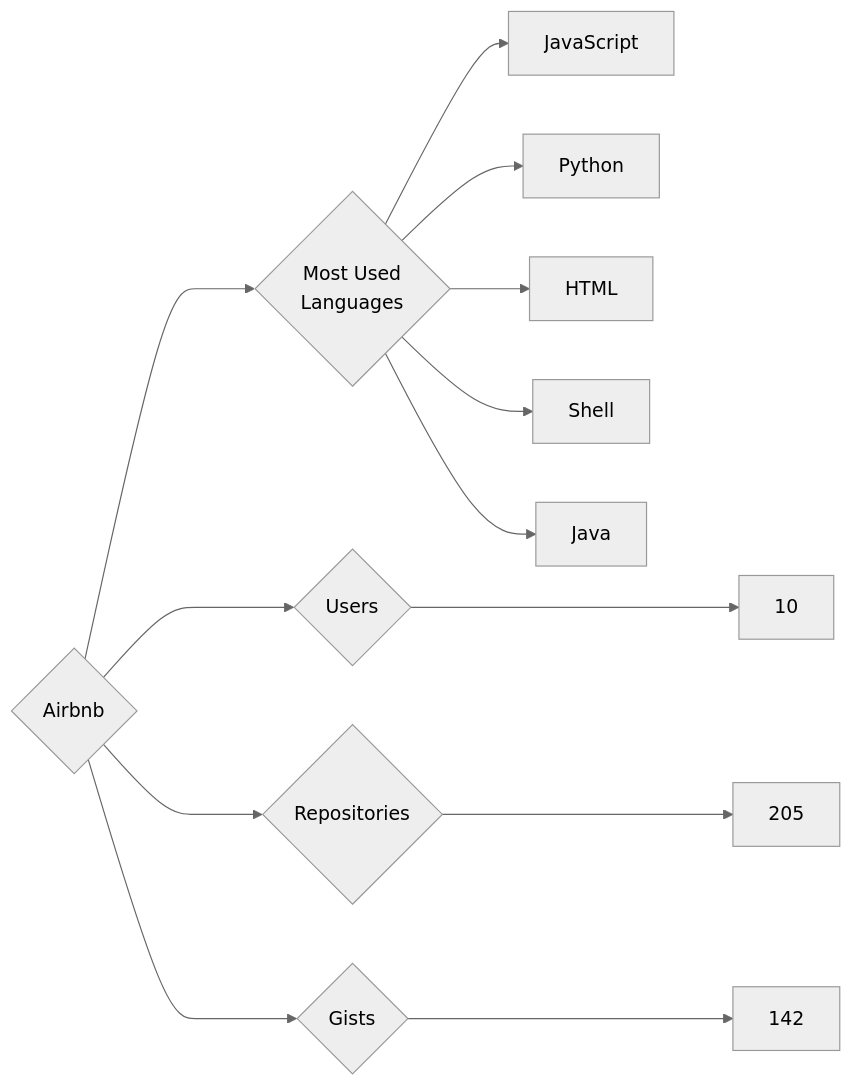
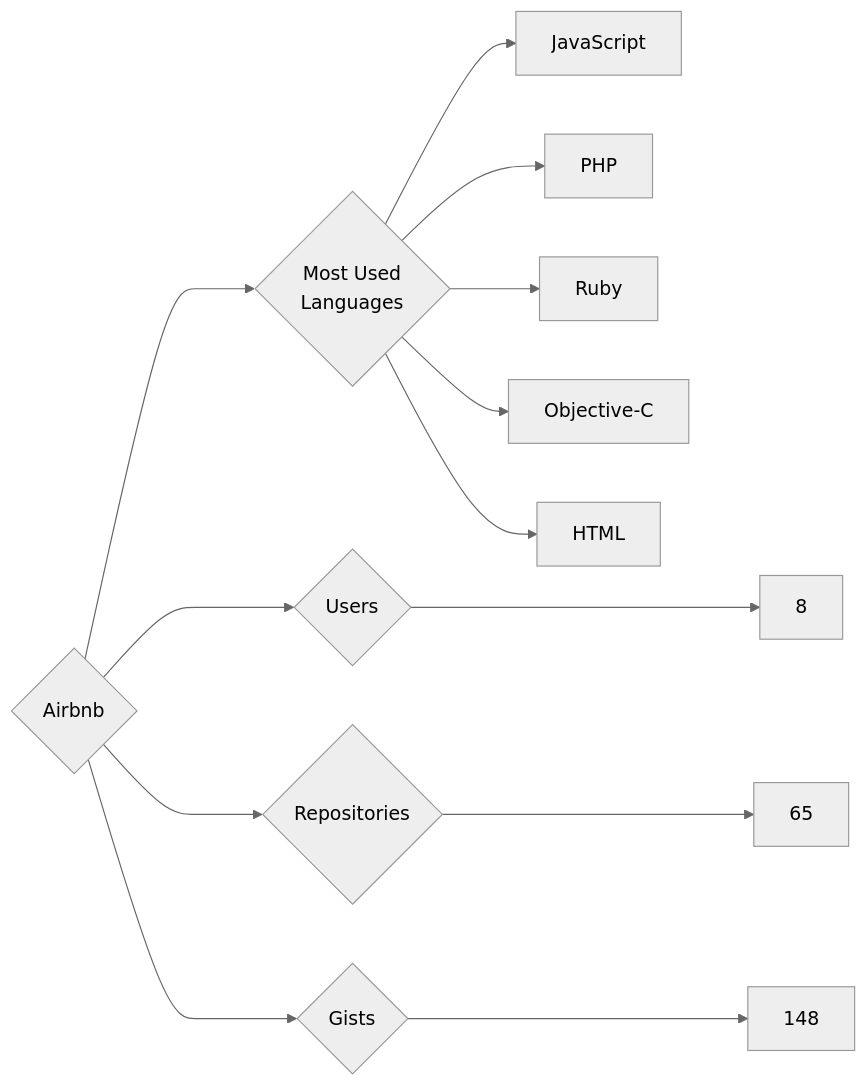
The diagram in targets/Airbnb/README.md (trickest/insiders), drawn with Mermaid (neutral theme) before and after one commit. The commit also changed 1055 other files, not shown here.

````diff
--- a/targets/Airbnb/README.md
+++ b/targets/Airbnb/README.md
@@ -3,13 +3,13 @@
 ```mermaid
 graph LR
 COMPANY_NAME{Airbnb}
-COMPANY_NAME ---> U{Users} ---> UN[10]
-COMPANY_NAME ---> R{Repositories} ---> RN[205]
-COMPANY_NAME ---> G{Gists} ---> GN[142]
+COMPANY_NAME ---> U{Users} ---> UN[8]
+COMPANY_NAME ---> R{Repositories} ---> RN[65]
+COMPANY_NAME ---> G{Gists} ---> GN[148]
 COMPANY_NAME ---> ML{Most Used<br>Languages}
 ML --> JavaScript[JavaScript]
-ML --> Python[Python]
+ML --> PHP[PHP]
+ML --> Ruby[Ruby]
+ML --> Objective-C[Objective-C]
 ML --> HTML[HTML]
-ML --> Shell[Shell]
-ML --> Java[Java]
 ```
````
